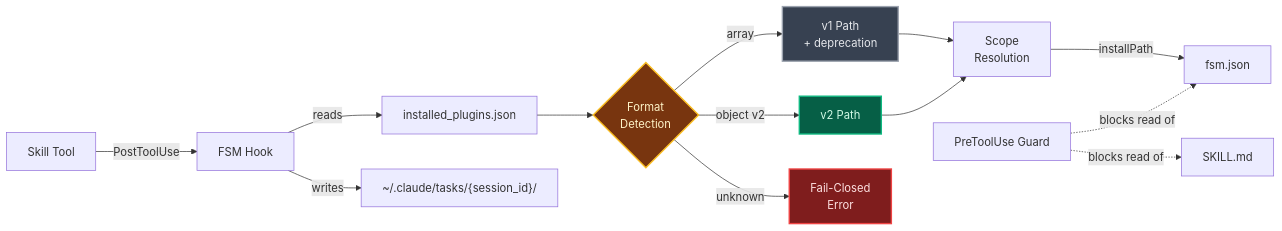
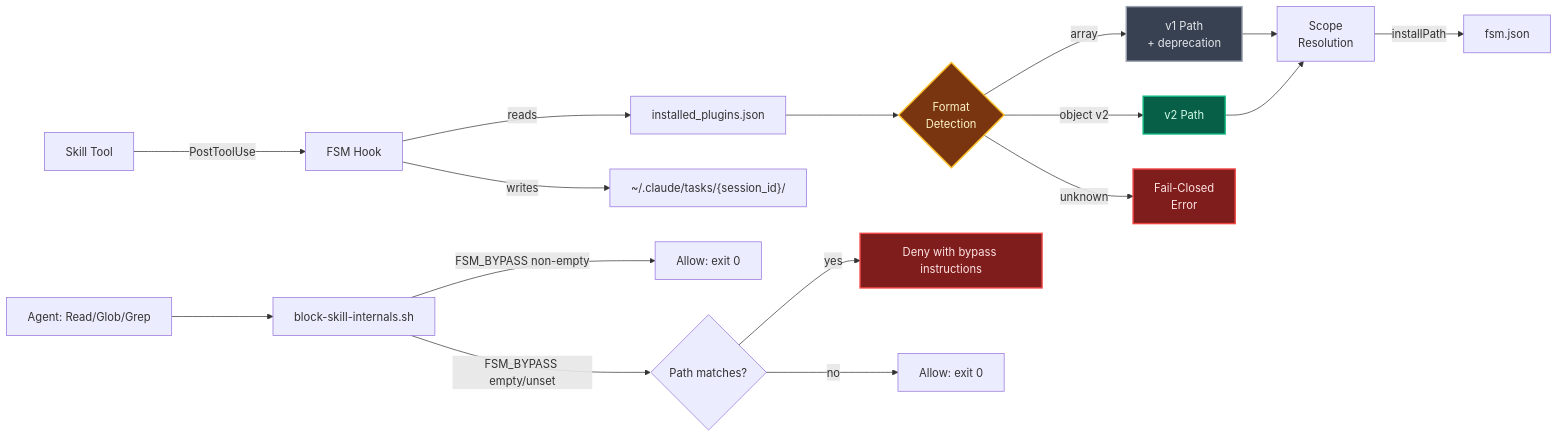
The first of 2 diagrams in openspec/finite-skill-machine/technical.md (whfreelove/chaos-theory), drawn with Mermaid before and after one commit. The commit also changed other lines of this file and 13 other files, not shown here.

Commit message:
spec(finite-skill-machine): Archive fsm-session-hook-bypass

````diff
--- a/openspec/finite-skill-machine/technical.md
+++ b/openspec/finite-skill-machine/technical.md
@@ -27,20 +29,24 @@
 ```mermaid
 graph LR
     A[Skill Tool] -->|PostToolUse| B[FSM Hook]
     B -->|reads| R[installed_plugins.json]
     R --> D{Format<br/>Detection}
     D -->|array| V1[v1 Path<br/>+ deprecation]
     D -->|object v2| V2[v2 Path]
     D -->|unknown| ERR[Fail-Closed<br/>Error]
     V1 --> S[Scope<br/>Resolution]
     V2 --> S
     S -->|installPath| F[fsm.json]
     B -->|writes| T["~/.claude/tasks/{session_id}/"]
-    G[PreToolUse Guard] -.->|blocks read of| F
-    G -.->|blocks read of| H[SKILL.md]
+    AG[Agent: Read/Glob/Grep] --> G[block-skill-internals.sh]
+    G -->|FSM_BYPASS non-empty| AL[Allow: exit 0]
+    G -->|FSM_BYPASS empty/unset| PM{Path matches?}
+    PM -->|yes| DN[Deny with bypass instructions]
+    PM -->|no| AL2[Allow: exit 0]
 
     style D fill:#78350f,stroke:#fbbf24,stroke-width:2px,color:#fef3c7
     style V1 fill:#374151,stroke:#9ca3af,stroke-width:2px,color:#e5e7eb
     style V2 fill:#065f46,stroke:#10b981,stroke-width:2px,color:#d1fae5
     style ERR fill:#7f1d1d,stroke:#ef4444,stroke-width:2px,color:#fee2e2
+    style DN fill:#7f1d1d,stroke:#ef4444,stroke-width:2px,color:#fee2e2
 ```
````
